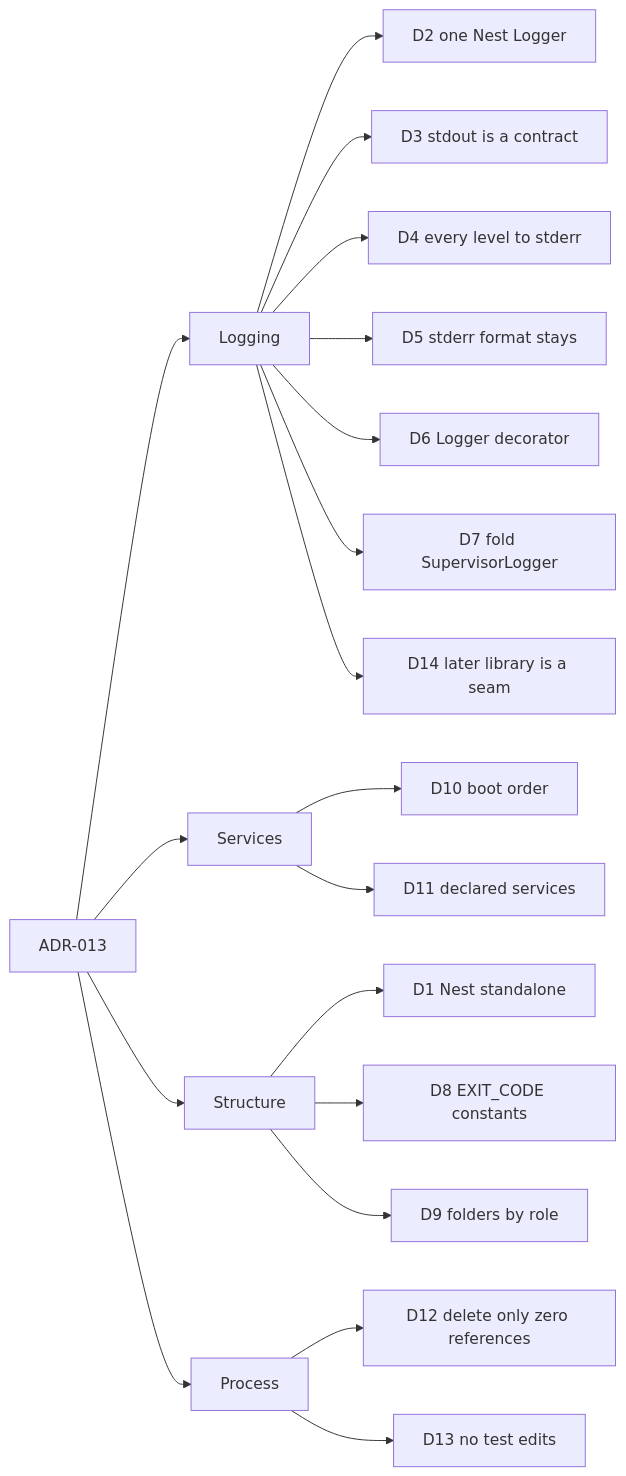
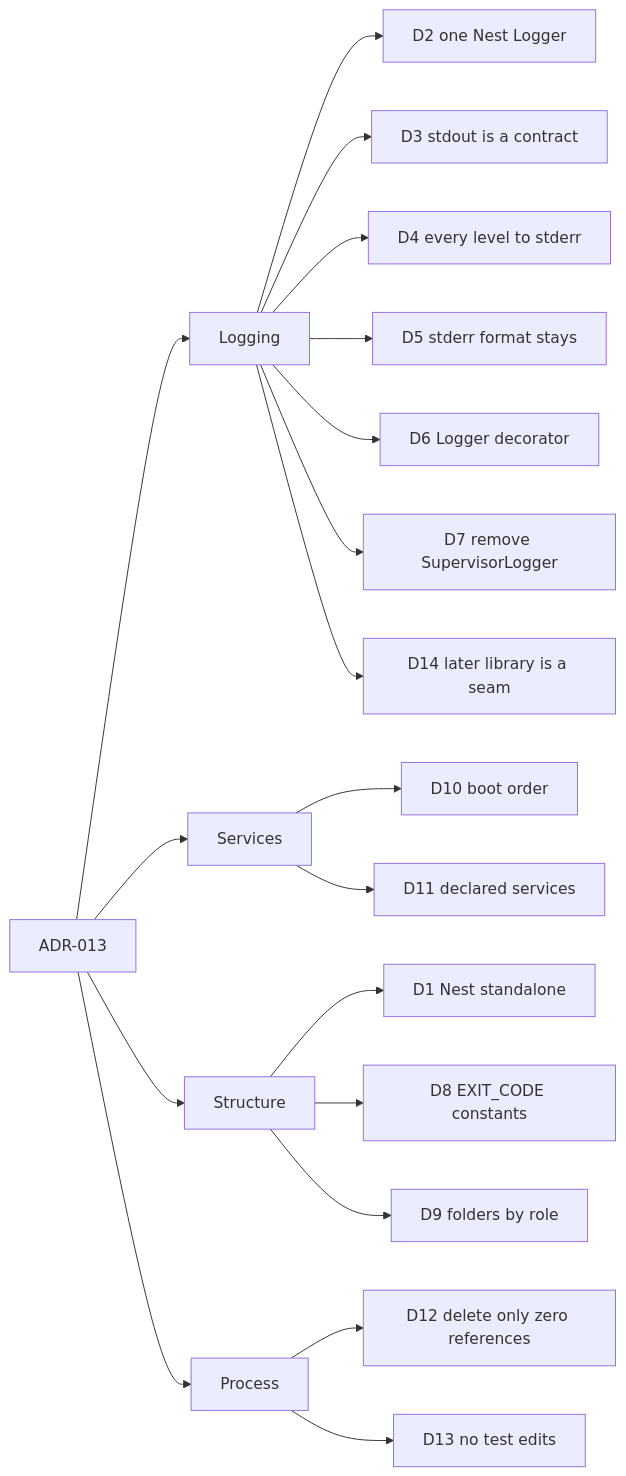
The first of 3 diagrams in docs/architecture/adr/ADR-013-nest-standalone-architecture.md (virgenherrera/lan-solution-template), drawn with Mermaid before and after one commit. The commit also changed other lines of this file and 2 other files, not shown here.

First line of the commit message:
docs: align adr status labels and drop the supervisor logger

````diff
--- a/docs/architecture/adr/ADR-013-nest-standalone-architecture.md
+++ b/docs/architecture/adr/ADR-013-nest-standalone-architecture.md
@@ -56,21 +56,21 @@
 ```mermaid
 flowchart LR
   ADR["ADR-013"] --> LOG["Logging"]
   ADR --> SVC["Services"]
   ADR --> STR["Structure"]
   ADR --> PRC["Process"]
   LOG --> D2["D2 one Nest Logger"]
   LOG --> D3["D3 stdout is a contract"]
   LOG --> D4["D4 every level to stderr"]
   LOG --> D5["D5 stderr format stays"]
   LOG --> D6["D6 Logger decorator"]
-  LOG --> D7["D7 fold SupervisorLogger"]
+  LOG --> D7["D7 remove SupervisorLogger"]
   LOG --> D14["D14 later library is a seam"]
   SVC --> D10["D10 boot order"]
   SVC --> D11["D11 declared services"]
   STR --> D1["D1 Nest standalone"]
   STR --> D8["D8 EXIT_CODE constants"]
   STR --> D9["D9 folders by role"]
   PRC --> D12["D12 delete only zero references"]
   PRC --> D13["D13 no test edits"]
 ```
````
